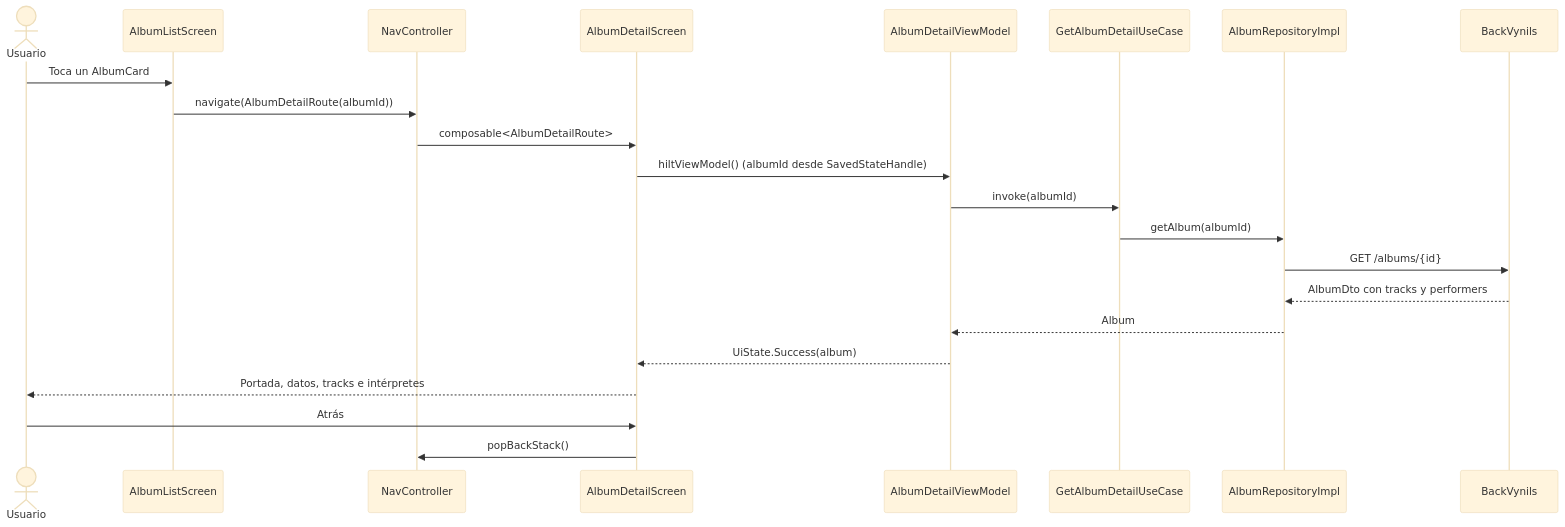
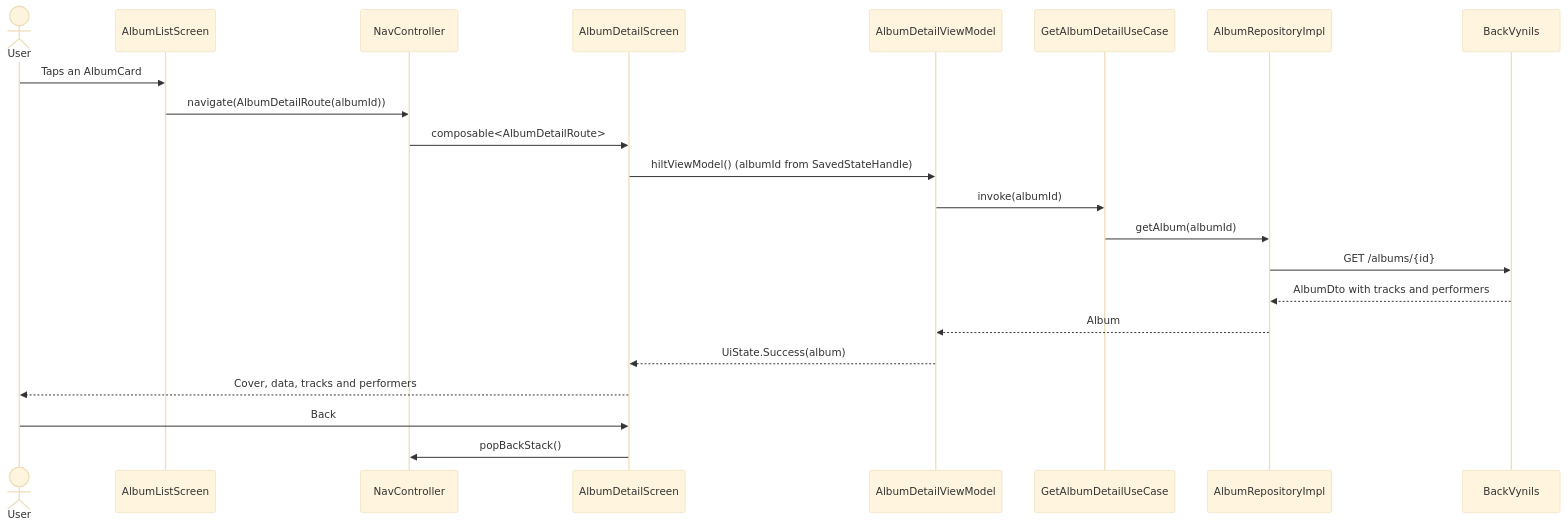
One commit to jhon0520/Andes-Vynils-App changed the sixth of 8 diagrams in docs/wiki/Sprint-1-Diseno-arquitectonico.md. Above: the diagram before and after it, drawn with Mermaid (base theme). The commit also changed other lines of this file and 24 other files, not shown here.

````diff
--- a/docs/wiki/Sprint-1-Diseno-arquitectonico.md
+++ b/docs/wiki/Sprint-1-Diseno-arquitectonico.md
@@ -470,25 +455,25 @@
 ```mermaid
 sequenceDiagram
-    actor U as Usuario
+    actor U as User
     participant L as AlbumListScreen
     participant N as NavController
     participant S as AlbumDetailScreen
     participant VM as AlbumDetailViewModel
     participant UC as GetAlbumDetailUseCase
     participant R as AlbumRepositoryImpl
     participant B as BackVynils
 
-    U->>L: Toca un AlbumCard
+    U->>L: Taps an AlbumCard
     L->>N: navigate(AlbumDetailRoute(albumId))
     N->>S: composable<AlbumDetailRoute>
-    S->>VM: hiltViewModel() (albumId desde SavedStateHandle)
+    S->>VM: hiltViewModel() (albumId from SavedStateHandle)
     VM->>UC: invoke(albumId)
     UC->>R: getAlbum(albumId)
     R->>B: GET /albums/{id}
-    B-->>R: AlbumDto con tracks y performers
+    B-->>R: AlbumDto with tracks and performers
     R-->>VM: Album
     VM-->>S: UiState.Success(album)
-    S-->>U: Portada, datos, tracks e intérpretes
-    U->>S: Atrás
+    S-->>U: Cover, data, tracks and performers
+    U->>S: Back
     S->>N: popBackStack()
 ```
````
